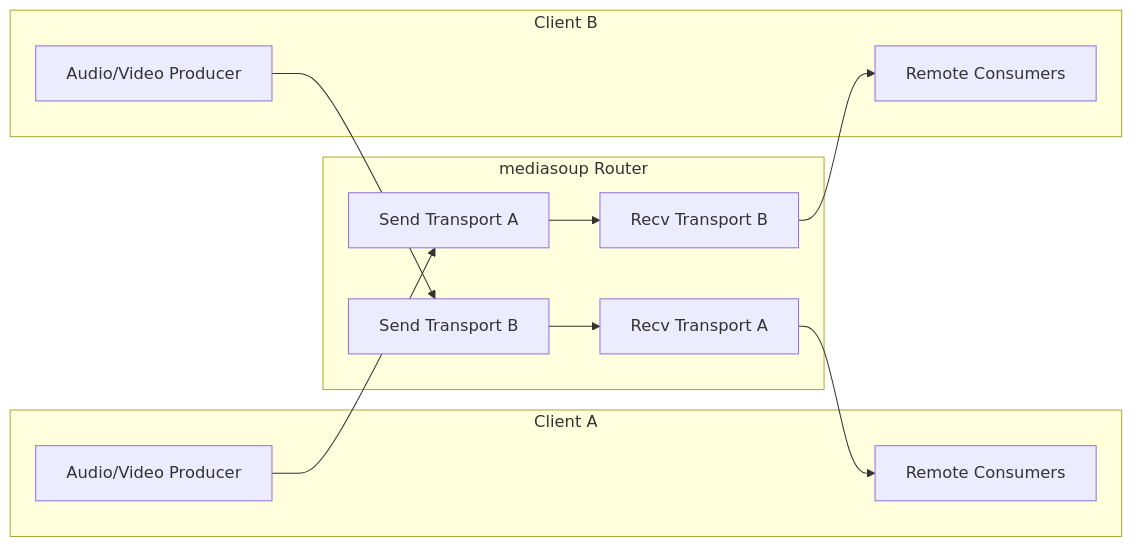
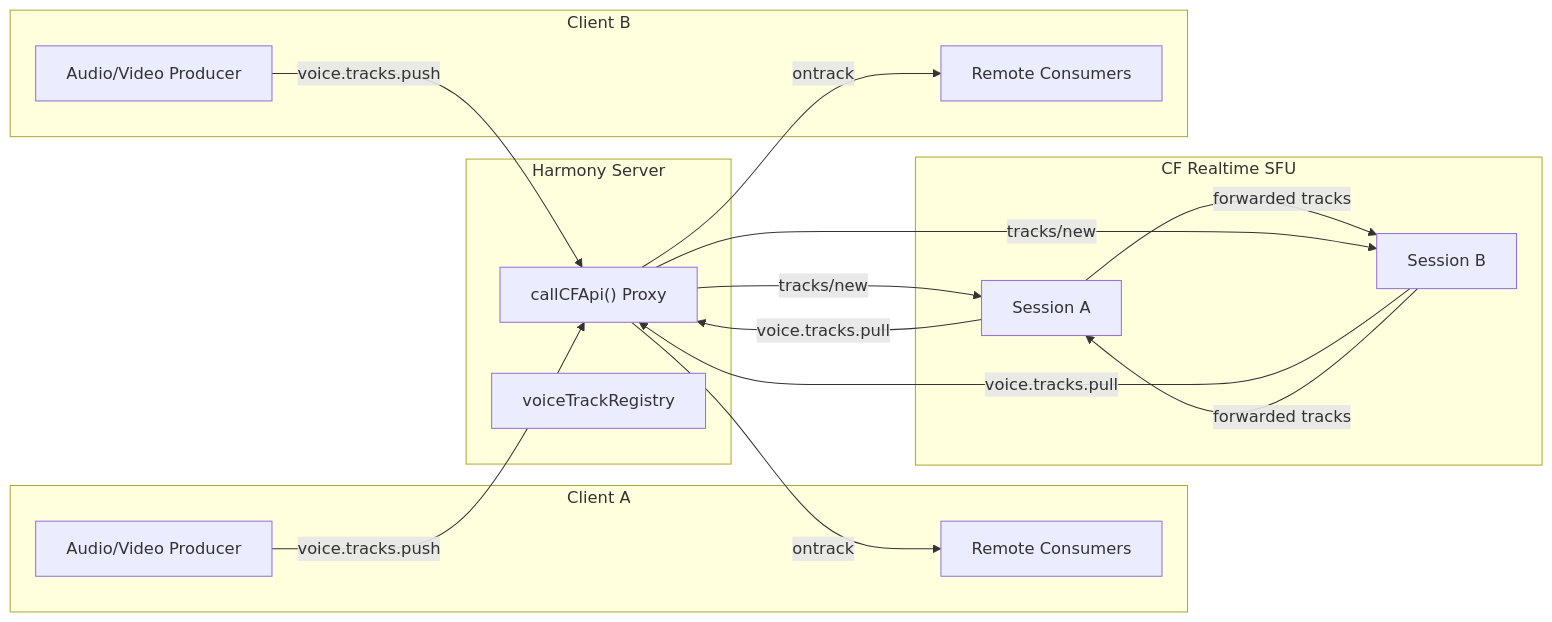
Before and after one commit to HexaField/harmony: diagram 23 of 42 in ARCHITECTURE.md, drawn with Mermaid. The commit also changed other lines of this file and 2 other files, not shown here.

First line of the commit message:
docs: update ROADMAP, ARCHITECTURE, TEST-MATRIX for CF Realtime SFU migration

````diff
--- a/ARCHITECTURE.md
+++ b/ARCHITECTURE.md
@@ -505,22 +508,29 @@
 ```mermaid
 graph LR
     subgraph "Client A"
         ProducerA["Audio/Video Producer"]
         ConsumerA["Remote Consumers"]
     end
 
-    subgraph "mediasoup Router"
-        SendTransportA["Send Transport A"]
-        RecvTransportA["Recv Transport A"]
-        SendTransportB["Send Transport B"]
-        RecvTransportB["Recv Transport B"]
+    subgraph "Harmony Server"
+        Proxy["callCFApi() Proxy"]
+        TrackReg["voiceTrackRegistry"]
+    end
+
+    subgraph "CF Realtime SFU"
+        SessionA["Session A"]
+        SessionB["Session B"]
     end
 
     subgraph "Client B"
         ProducerB["Audio/Video Producer"]
         ConsumerB["Remote Consumers"]
     end
 
-    ProducerA --> SendTransportA --> RecvTransportB --> ConsumerB
-    ProducerB --> SendTransportB --> RecvTransportA --> ConsumerA
+    ProducerA -->|voice.tracks.push| Proxy -->|tracks/new| SessionA
+    SessionA -->|forwarded tracks| SessionB
+    SessionB -->|voice.tracks.pull| Proxy -->|ontrack| ConsumerB
+    ProducerB -->|voice.tracks.push| Proxy -->|tracks/new| SessionB
+    SessionB -->|forwarded tracks| SessionA
+    SessionA -->|voice.tracks.pull| Proxy -->|ontrack| ConsumerA
 ```
````
